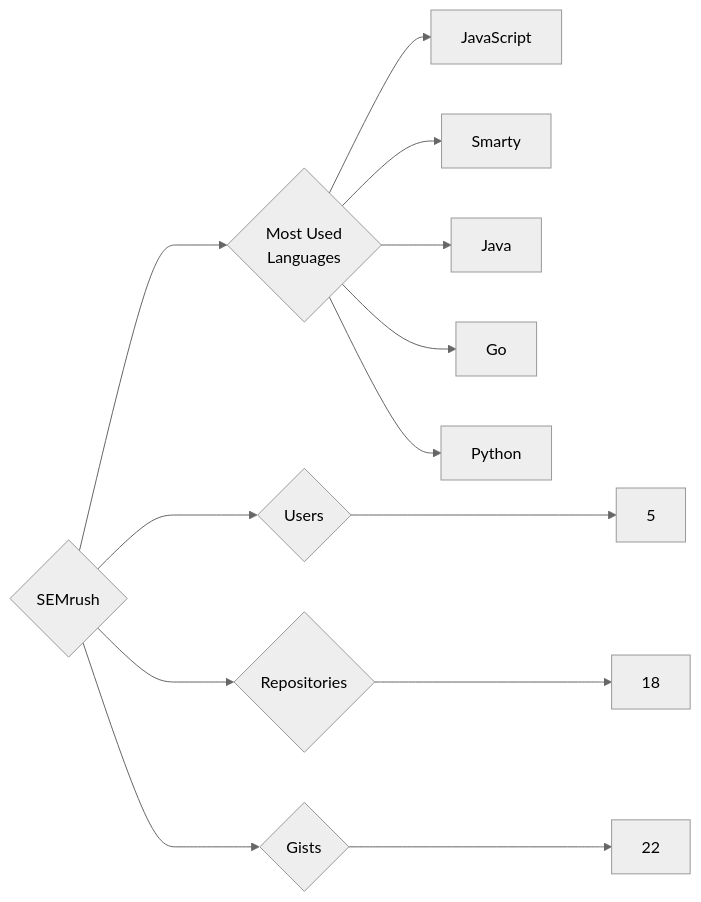
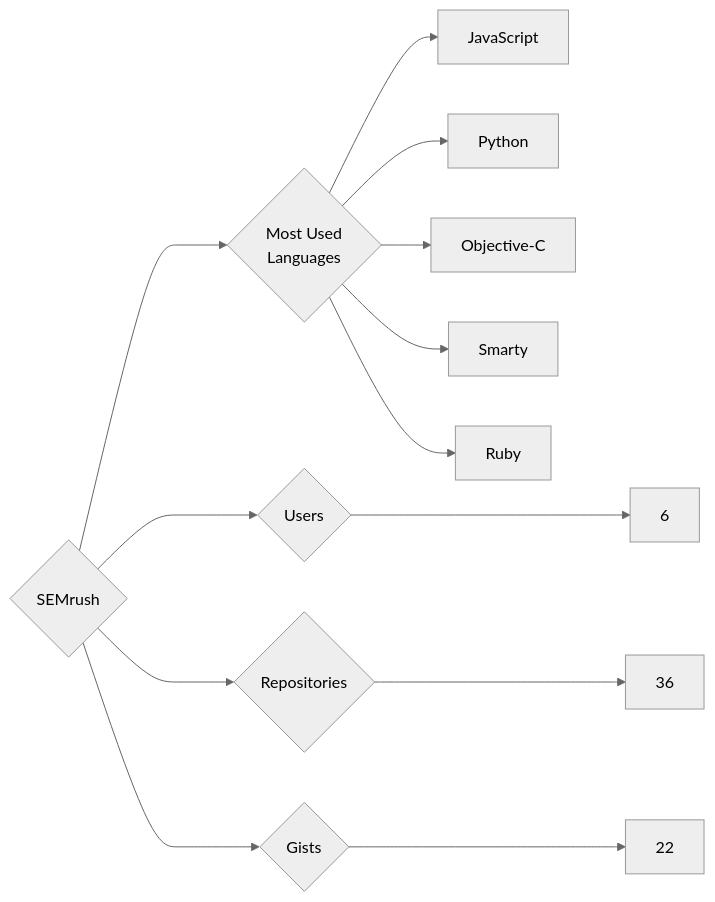
One commit to trickest/insiders changed the diagram in targets/SEMrush/README.md. Above: the diagram before and after it, drawn with Mermaid (neutral theme). The commit also changed 823 other files, not shown here.

````diff
--- a/targets/SEMrush/README.md
+++ b/targets/SEMrush/README.md
@@ -3,13 +3,13 @@
 ```mermaid
 graph LR
 COMPANY_NAME{SEMrush}
-COMPANY_NAME ---> U{Users} ---> UN[5]
-COMPANY_NAME ---> R{Repositories} ---> RN[18]
+COMPANY_NAME ---> U{Users} ---> UN[6]
+COMPANY_NAME ---> R{Repositories} ---> RN[36]
 COMPANY_NAME ---> G{Gists} ---> GN[22]
 COMPANY_NAME ---> ML{Most Used<br>Languages}
 ML --> JavaScript[JavaScript]
+ML --> Python[Python]
+ML --> Objective-C[Objective-C]
 ML --> Smarty[Smarty]
-ML --> Java[Java]
-ML --> Go[Go]
-ML --> Python[Python]
+ML --> Ruby[Ruby]
 ```
````
